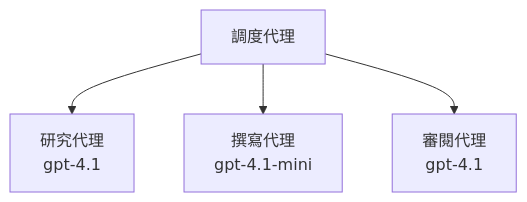
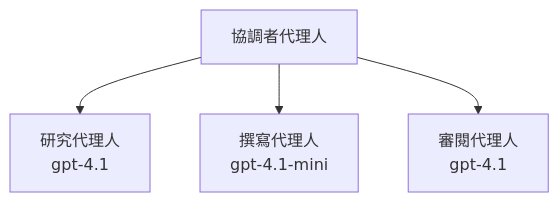
One commit to microsoft/AZD-for-beginners changed the third of 3 diagrams in translations/zh-TW/docs/chapter-02-ai-development/agents.md. Above: the diagram before and after it, drawn with Mermaid. The commit also changed other lines of this file and 104 other files, not shown here.

````diff
--- a/translations/zh-TW/docs/chapter-02-ai-development/agents.md
+++ b/translations/zh-TW/docs/chapter-02-ai-development/agents.md
@@ -194,6 +201,6 @@
 ```mermaid
 graph TD
-    Orchestrator[調度代理] --> Research[研究代理<br/>gpt-4.1]
-    Orchestrator --> Writer[撰寫代理<br/>gpt-4.1-mini]
-    Orchestrator --> Reviewer[審閱代理<br/>gpt-4.1]
+    Orchestrator[協調者代理人] --> Research[研究代理人<br/>gpt-4.1]
+    Orchestrator --> Writer[撰寫代理人<br/>gpt-4.1-mini]
+    Orchestrator --> Reviewer[審閱代理人<br/>gpt-4.1]
 ```
````
